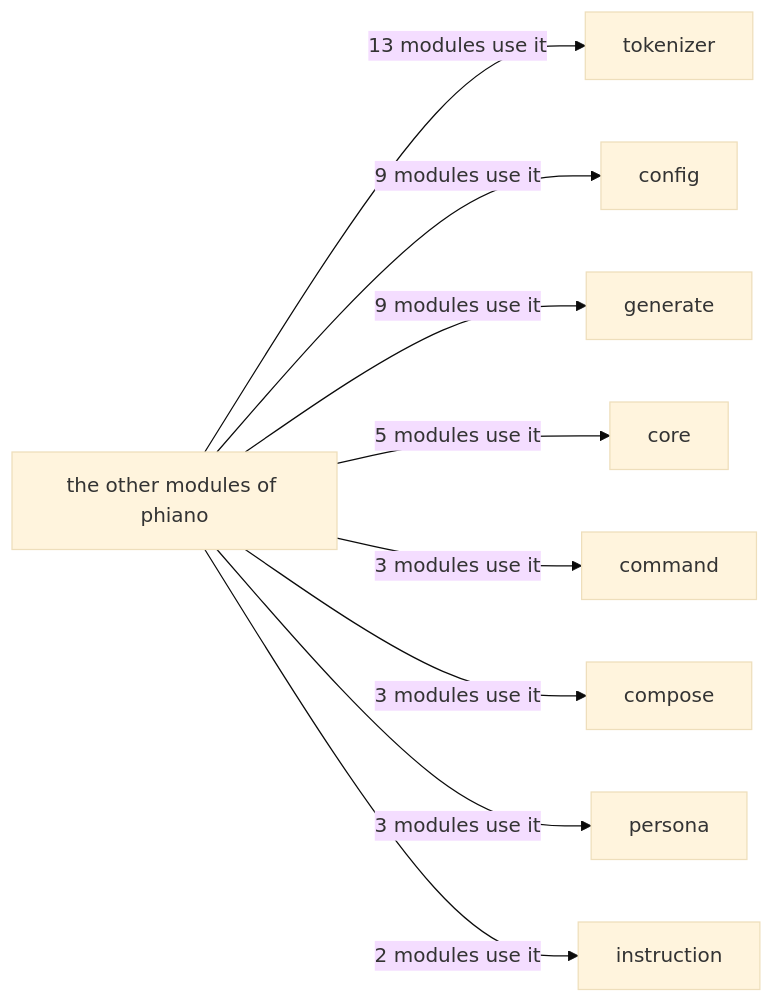
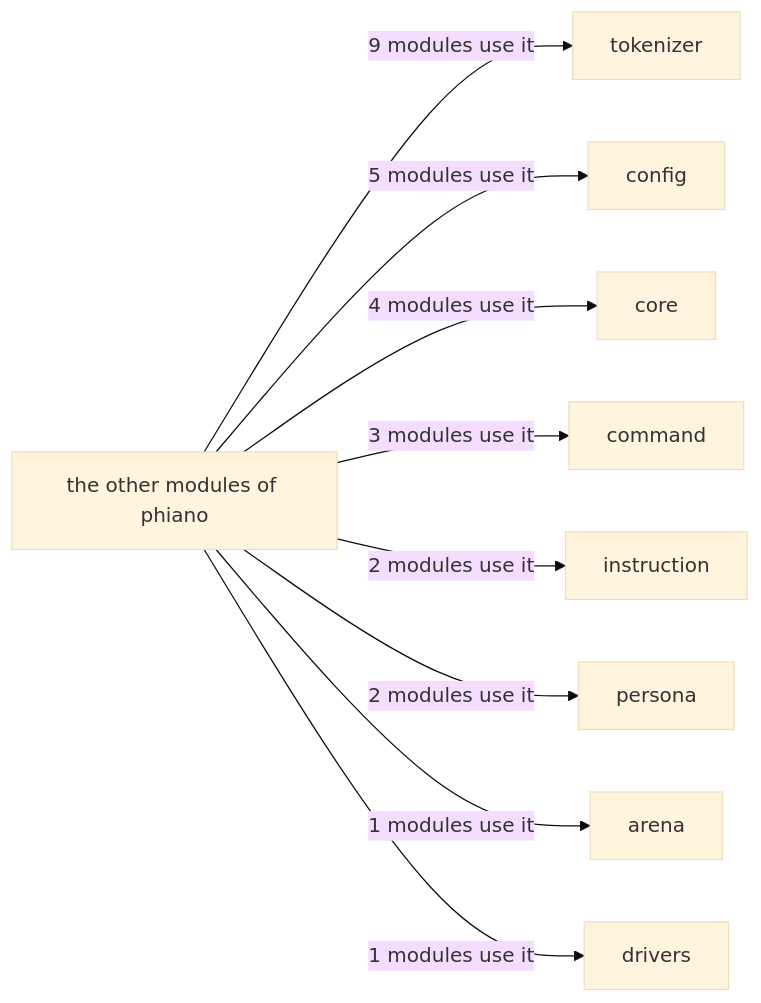
The third of 3 diagrams in ARCHITECTURE.md (gemphi/phiano), drawn with Mermaid (base theme) before and after one commit. The commit also changed other lines of this file and 100 other files, not shown here.

````diff
--- a/ARCHITECTURE.md
+++ b/ARCHITECTURE.md
@@ -65,20 +61,20 @@
 ```mermaid
 graph LR
     ALL["the other modules of phiano"]
     m_tokenizer["tokenizer"]
-    ALL -->|"13 modules use it"| m_tokenizer
+    ALL -->|"9 modules use it"| m_tokenizer
     m_config["config"]
-    ALL -->|"9 modules use it"| m_config
-    m_generate["generate"]
-    ALL -->|"9 modules use it"| m_generate
+    ALL -->|"5 modules use it"| m_config
     m_core["core"]
-    ALL -->|"5 modules use it"| m_core
+    ALL -->|"4 modules use it"| m_core
     m_command["command"]
     ALL -->|"3 modules use it"| m_command
-    m_compose["compose"]
-    ALL -->|"3 modules use it"| m_compose
-    m_persona["persona"]
-    ALL -->|"3 modules use it"| m_persona
     m_instruction["instruction"]
     ALL -->|"2 modules use it"| m_instruction
+    m_persona["persona"]
+    ALL -->|"2 modules use it"| m_persona
+    m_arena["arena"]
+    ALL -->|"1 modules use it"| m_arena
+    m_drivers["drivers"]
+    ALL -->|"1 modules use it"| m_drivers
 ```
````
